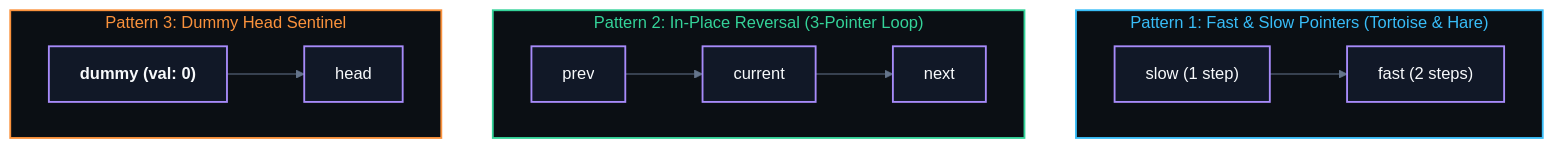
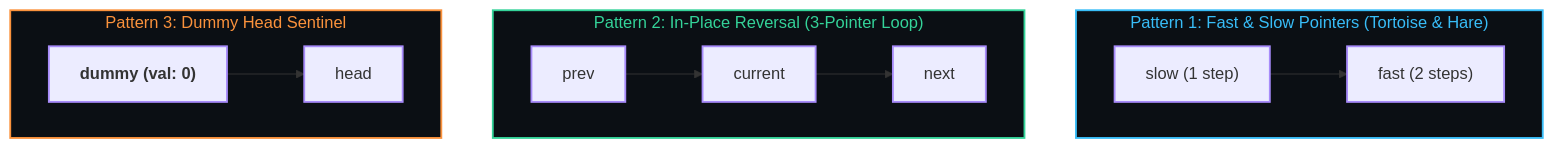
Before and after one commit to abhinavbharti2345/CS_Notes: the diagram in BrainOS/02 - Foundations/DSA/Linked Lists.md, drawn with Mermaid. The commit also changed 91 other files, not shown here.

````diff
--- a/BrainOS/02 - Foundations/DSA/Linked Lists.md
+++ b/BrainOS/02 - Foundations/DSA/Linked Lists.md
@@ -28,25 +28,24 @@
 ```mermaid
-%%{init: {'theme': 'base', 'themeVariables': { 'darkMode': true, 'background': '#0B0F14', 'mainBkg': '#111827', 'primaryColor': '#111827', 'primaryTextColor': '#F8FAFC', 'primaryBorderColor': '#38BDF8', 'lineColor': '#64748B', 'secondaryColor': '#0B0F14', 'tertiaryColor': '#0B0F14', 'clusterBkg': '#0B0F14', 'clusterBorder': '#38BDF8' }}}%%
 flowchart TD
     subgraph P1 ["Pattern 1: Fast & Slow Pointers (Tortoise & Hare)"]
         direction LR
         S["slow (1 step)"] --> F["fast (2 steps)"]
     end
 
     subgraph P2 ["Pattern 2: In-Place Reversal (3-Pointer Loop)"]
         direction LR
         PR["prev"] --> CU["current"] --> NX["next"]
     end
 
     subgraph P3 ["Pattern 3: Dummy Head Sentinel"]
         direction LR
         DUM["<b>dummy (val: 0)</b>"] --> HD["head"]
     end
 
     style P1 fill:#0B0F14,stroke:#38BDF8,stroke-width:1.8px,color:#38BDF8
     style P2 fill:#0B0F14,stroke:#34D399,stroke-width:1.8px,color:#34D399
     style P3 fill:#0B0F14,stroke:#FB923C,stroke-width:1.8px,color:#FB923C
 
-    classDef dsaNode fill:#111827,stroke:#A78BFA,stroke-width:1.8px,color:#F8FAFC;
+    classDef dsaNode stroke:#A78BFA,stroke-width:1.8px;
     class S,F,PR,CU,NX,DUM,HD dsaNode;
 ```
````
